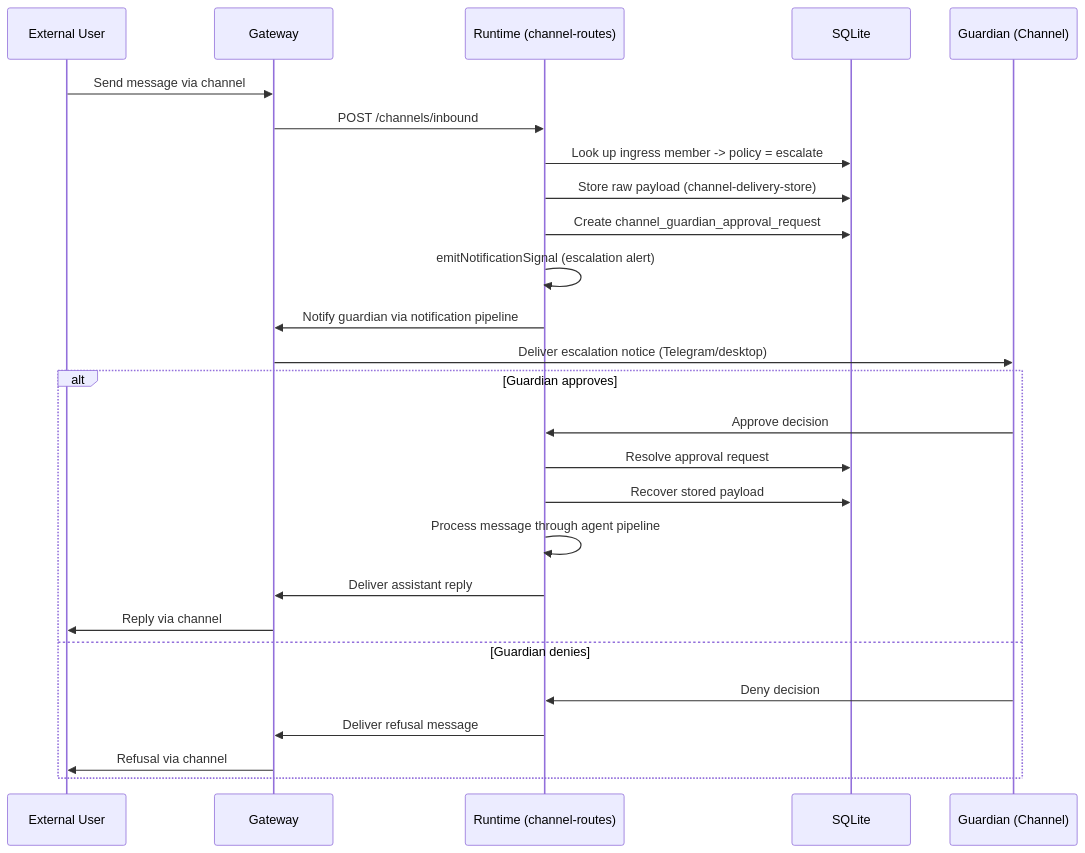
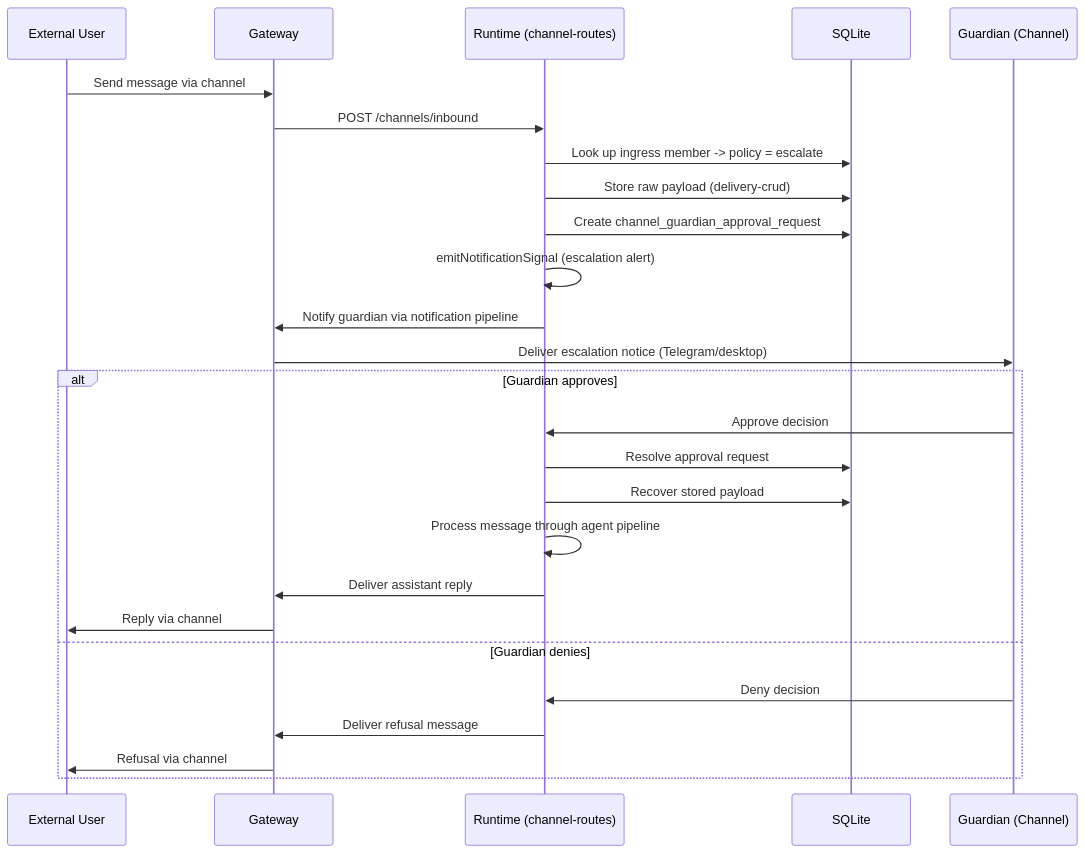
Before and after one commit to vellum-ai/vellum-assistant: the fourth of 6 diagrams in gateway/ARCHITECTURE.md, drawn with Mermaid. The commit also changed other lines of this file and 18 other files, not shown here.

Commit message:
refactor: remove channel-delivery-store.ts re-export shim

````diff
--- a/gateway/ARCHITECTURE.md
+++ b/gateway/ARCHITECTURE.md
@@ -517,30 +517,30 @@
 ```mermaid
 sequenceDiagram
     participant Ext as External User
     participant GW as Gateway
     participant RT as Runtime (channel-routes)
     participant DB as SQLite
     participant Guardian as Guardian (Channel)
 
     Ext->>GW: Send message via channel
     GW->>RT: POST /channels/inbound
     RT->>DB: Look up ingress member -> policy = escalate
-    RT->>DB: Store raw payload (channel-delivery-store)
+    RT->>DB: Store raw payload (delivery-crud)
     RT->>DB: Create channel_guardian_approval_request
     RT->>RT: emitNotificationSignal (escalation alert)
     RT->>GW: Notify guardian via notification pipeline
     GW->>Guardian: Deliver escalation notice (Telegram/desktop)
 
     alt Guardian approves
         Guardian->>RT: Approve decision
         RT->>DB: Resolve approval request
         RT->>DB: Recover stored payload
         RT->>RT: Process message through agent pipeline
         RT->>GW: Deliver assistant reply
         GW->>Ext: Reply via channel
     else Guardian denies
         Guardian->>RT: Deny decision
         RT->>GW: Deliver refusal message
         GW->>Ext: Refusal via channel
     end
 ```
````
